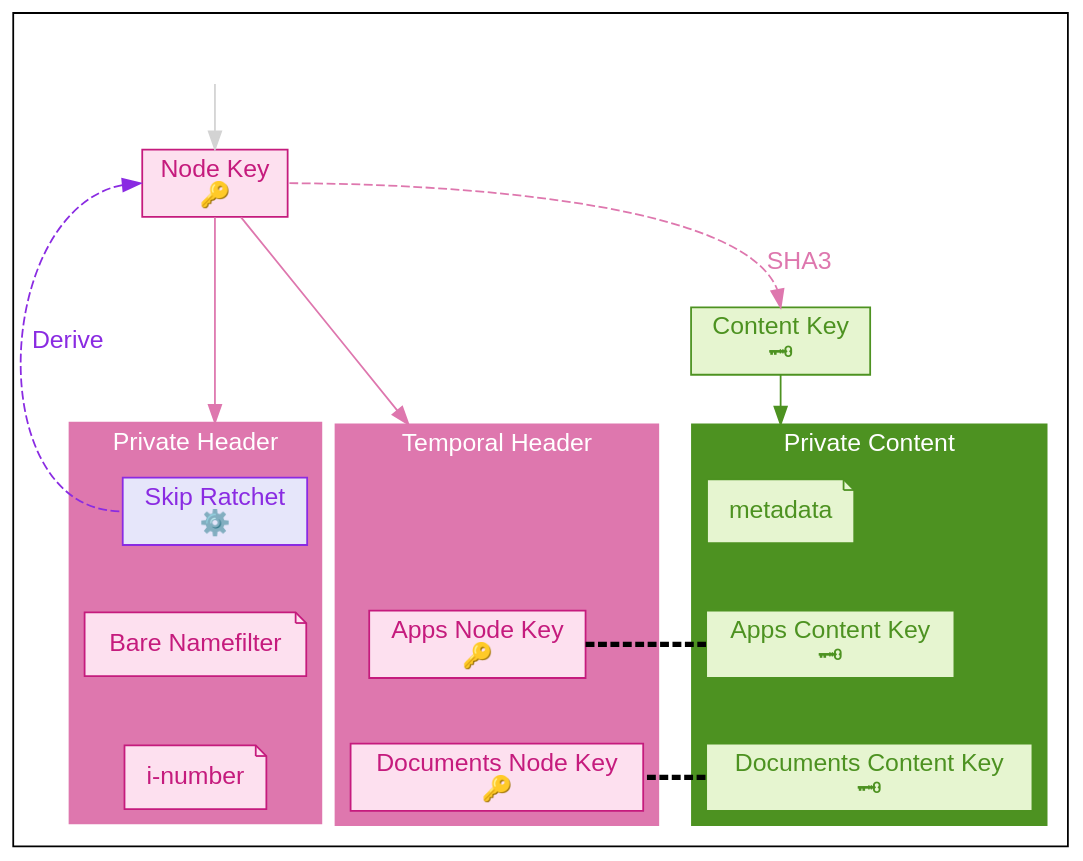
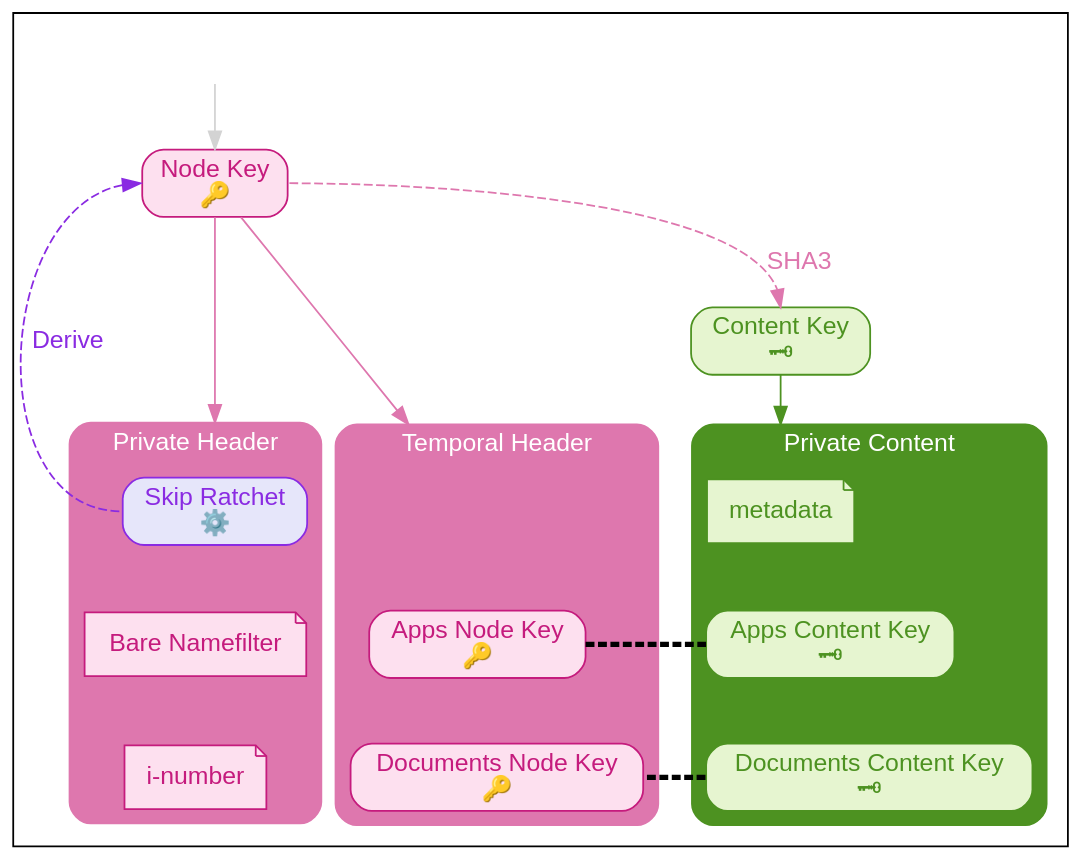
One commit to wnfs-wg/spec changed the diagram in spec/diagrams/node_key_layout.dot. Above: the diagram before and after it, drawn with Graphviz. The commit also changed 2 other files, not shown here.

```diff
--- a/spec/diagrams/node_key_layout.dot
+++ b/spec/diagrams/node_key_layout.dot
@@ -1,135 +1,135 @@
 digraph G {
     #########
     # SETUP #
     #########
 
     compound = true
     fontname = "Helvetica"
 
     edge [
         colorscheme = "piyg11"
         color = black
         fontname = "Helvetica"
     ];
 
     node [
         shape = box
         colorscheme = "piyg11"
-        style = filled
+        style = "rounded,filled"
         fillcolor = 5
         color = black
         fontname = "Helvetica"
         color=2
         fontcolor=2
     ];
 
     graph [
         colorscheme="piyg11"
         color=10
-        style = filled
+        style = "rounded,filled"
         fontcolor=white
     ];
 
     ##############
     # FREE NODES #
     ##############
 
     invis_parent [style = invis]
     node_key [label = "Node Key\n🔑" color = 2  fontcolor = 2]
     content_key [label = "Content Key\n🗝" color=10 fontcolor = 10 fillcolor=7]
 
     ############
     # CLUSTERS #
     ############
 
     subgraph cluster_private_header {
         label = "Private Header"
         color=3
 
         skip_ratchet [label = "Skip Ratchet\n⚙️" color = blueviolet fontcolor = blueviolet fillcolor=lavender]
         bare_nf [label = "Bare Namefilter" shape = note]
         i_number [label = "i-number" shape = note]
 
         skip_ratchet -> bare_nf -> i_number [style=invis]
     }
 
     subgraph cluster_temporal_header {
         label = "Temporal Header"
         color = 3
 
         apps_header_key [label = "Apps Node Key\n🔑"]
         docs_header_key [label = "Documents Node Key\n🔑"]
         invis_header [style = invis]
 
         invis_header -> apps_header_key -> docs_header_key  [style=invis]
     }
 
     subgraph cluster_private_content {
         label = "Private Content"
 
         node [
             color=10
             fontcolor=10
             fillcolor=7
         ]
 
         metadata [shape = note]
 
         apps_content_key [label="Apps Content Key\n🗝"]
         docs_content_key [label="Documents Content Key\n🗝"]
 
         metadata -> apps_content_key -> docs_content_key [style=invis];
     }
 
     #########
     # EDGES #
     #########
 
     node_key:e -> content_key:n [
         label = "SHA3"
         style = dashed
         color = 3
         fontcolor = 3
         weight = 0.5
     ]
 
     node_key:w -> skip_ratchet:w [
         dir = back
         style = dashed
         label = "Derive"
         color = blueviolet
         fontcolor = blueviolet
     ]
 
     invis_parent -> node_key [color = lightgray weight = 10]
     content_key:s -> metadata [
         lhead = cluster_private_content
         color = 10
         weight = 18
     ]
 
     node_key -> skip_ratchet [lhead = cluster_private_header color = 3 weight=10]
     node_key -> invis_header [lhead = cluster_temporal_header color = 3]
 
     apps_header_key -> apps_content_key [
         penwidth = 3
         arrowtail = none
         dir = back
         style = dashed
     ]
 
     docs_content_key -> docs_header_key [
         penwidth = 3
         arrowhead = none
         style = dashed
     ]
 
     ################
     # LAYOUT HACKS #
     ################
 
     content_key:s -> invis_header:n [lhead=cluster_temporal_header style=invis]
     content_key:s -> skip_ratchet:n [lhead=cluster_temporal_header style=invis]
     skip_ratchet -> apps_header_key [lhead=cluster_private_header style=invis]
     apps_header_key -> skip_ratchet [style=invis]
 }
```
